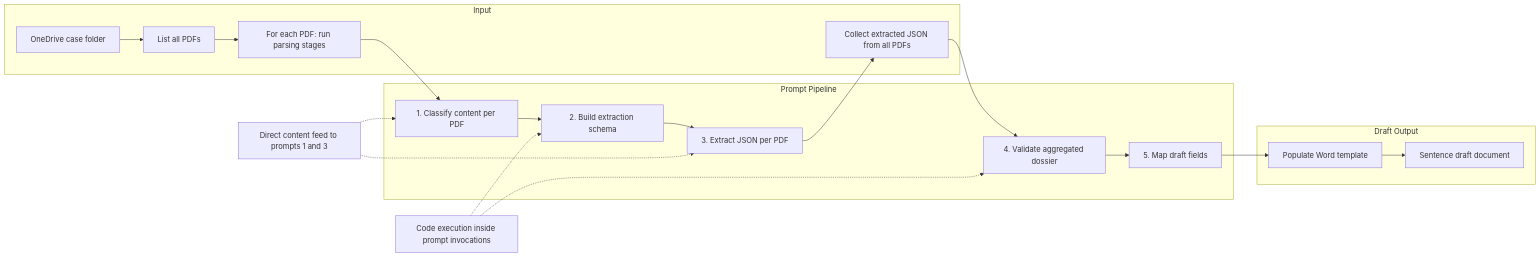
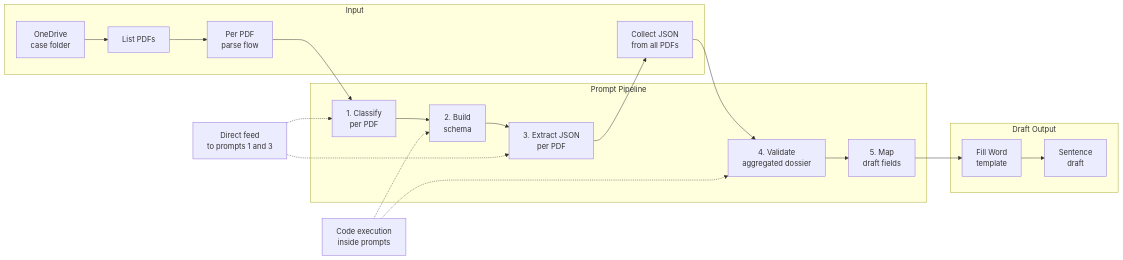
Before and after one commit to Gilbocc/cittadinanza: the diagram in README.md, drawn with Mermaid.

````diff
--- a/README.md
+++ b/README.md
@@ -143,29 +143,29 @@
 ```mermaid
 flowchart LR
 	subgraph IN[Input]
-		A[OneDrive case folder]
-		B[List all PDFs]
-		C[For each PDF: run parsing stages]
-		K[Collect extracted JSON from all PDFs]
+		A[OneDrive<br/>case folder]
+		B[List PDFs]
+		C[Per PDF<br/>parse flow]
+		K[Collect JSON<br/>from all PDFs]
 	end
 
 	subgraph AI[Prompt Pipeline]
-		D[1. Classify content per PDF]
-		E[2. Build extraction schema]
-		F[3. Extract JSON per PDF]
-		G[4. Validate aggregated dossier]
-		H[5. Map draft fields]
+		D[1. Classify<br/>per PDF]
+		E[2. Build<br/>schema]
+		F[3. Extract JSON<br/>per PDF]
+		G[4. Validate<br/>aggregated dossier]
+		H[5. Map<br/>draft fields]
 	end
 
 	subgraph OUT[Draft Output]
-		I[Populate Word template]
-		J[Sentence draft document]
+		I[Fill Word<br/>template]
+		J[Sentence<br/>draft]
 	end
 
 	A --> B --> C --> D --> E --> F --> K --> G --> H --> I --> J
 
-	N1[Direct content feed to prompts 1 and 3] -.-> D
+	N1[Direct feed<br/>to prompts 1 and 3] -.-> D
 	N1 -.-> F
-	N2[Code execution inside prompt invocations] -.-> E
+	N2[Code execution<br/>inside prompts] -.-> E
 	N2 -.-> G
 ```
````
